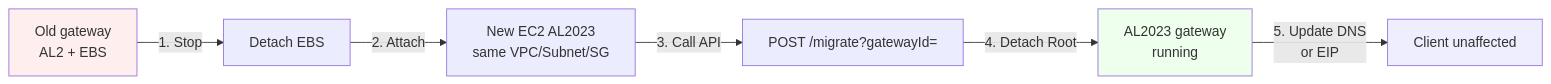
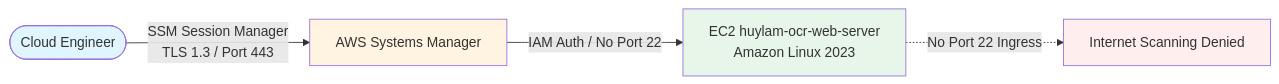
One commit to Lamhuy0489/workshop changed the diagram in content/3-BlogsPosted/3.1-Blog1/_index.md. Above: the diagram before and after it, drawn with Mermaid. The commit also changed other lines of this file and 10 other files, not shown here.

Commit message:
docs: update 3-BlogsPosted with real published linkedin articles, direct links, and official architecture diagrams

````diff
--- a/content/3-BlogsPosted/3.1-Blog1/_index.md
+++ b/content/3-BlogsPosted/3.1-Blog1/_index.md
@@ -28,12 +61,11 @@
 ```mermaid
 flowchart LR
-  A[Old gateway<br>AL2 + EBS] -->|1. Stop| B[Detach EBS]
-  B -->|2. Attach| C[New EC2 AL2023<br>same VPC/Subnet/SG]
-  C -->|3. Call API| D["POST /migrate?gatewayId="]
-  D -->|4. Detach Root| E[AL2023 gateway<br>running]
-  E -->|5. Update DNS<br>or EIP| F[Client unaffected]
+  Admin([Cloud Engineer]) -->|SSM Session Manager<br>TLS 1.3 / Port 443| SSM[AWS Systems Manager]
+  SSM -->|IAM Auth / No Port 22| EC2[EC2 huylam-ocr-web-server<br>Amazon Linux 2023]
+  EC2 -.->|No Port 22 Ingress| Deny[Internet Scanning Denied]
 
-  style A fill:#fee
-  style E fill:#efe
-  style F fill:#eef
+  style Admin fill:#e1f5ff
+  style SSM fill:#fff4e1
+  style EC2 fill:#e8f5e9
+  style Deny fill:#fee
 ```
````
